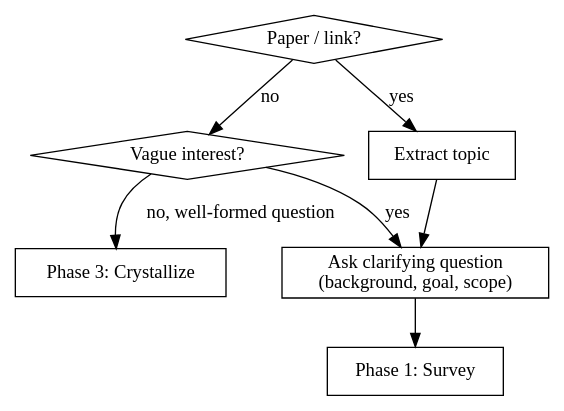
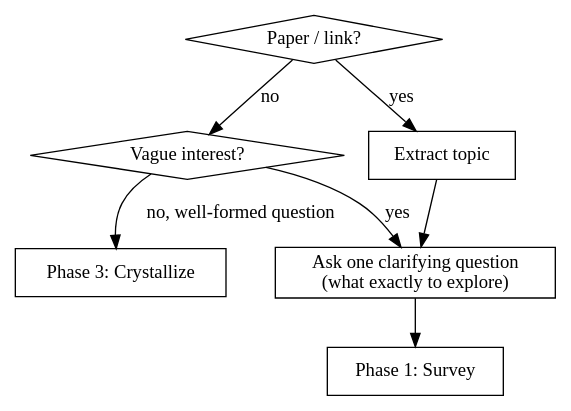
One commit to QuantumBFS/sci-brain changed the first of 2 diagrams in skills/sci-brainstorm/SKILL.md. Above: the diagram before and after it, drawn with Graphviz. The commit also changed other lines of this file, not shown here.

````diff
--- a/skills/sci-brainstorm/SKILL.md
+++ b/skills/sci-brainstorm/SKILL.md
@@ -14,17 +14,17 @@
 ```dot
 digraph {
     "Paper / link?" [shape=diamond];
     "Vague interest?" [shape=diamond];
     "Extract topic" [shape=box];
-    "Ask clarifying question\n(background, goal, scope)" [shape=box];
+    "Ask one clarifying question\n(what exactly to explore)" [shape=box];
     "Phase 1: Survey" [shape=box];
     "Phase 3: Crystallize" [shape=box];
 
     "Paper / link?" -> "Extract topic" [label="yes"];
     "Paper / link?" -> "Vague interest?" [label="no"];
-    "Extract topic" -> "Ask clarifying question\n(background, goal, scope)";
-    "Ask clarifying question\n(background, goal, scope)" -> "Phase 1: Survey";
-    "Vague interest?" -> "Ask clarifying question\n(background, goal, scope)" [label="yes"];
+    "Extract topic" -> "Ask one clarifying question\n(what exactly to explore)";
+    "Ask one clarifying question\n(what exactly to explore)" -> "Phase 1: Survey";
+    "Vague interest?" -> "Ask one clarifying question\n(what exactly to explore)" [label="yes"];
     "Vague interest?" -> "Phase 3: Crystallize" [label="no, well-formed question"];
 }
 ```
````
